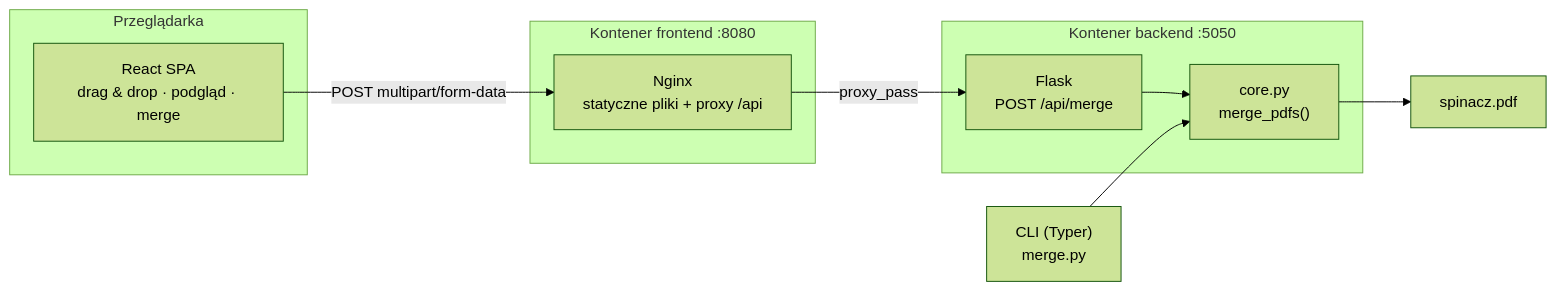
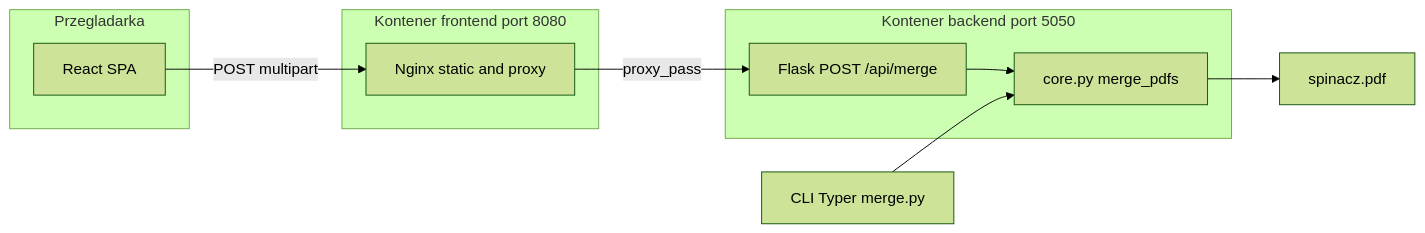
One commit to MikolajTanski/Clipper changed the first of 2 diagrams in docs/architecture.md. Above: the diagram before and after it, drawn with Mermaid (forest theme). The commit also changed other lines of this file and 1 other file, not shown here.

Commit message:
Fix GitHub rendering for diagrams and Mermaid blocks.
Use ASCII-only Mermaid labels and simplify sequence diagram syntax so GitHub no longer shows embedded code errors.

````diff
--- a/docs/architecture.md
+++ b/docs/architecture.md
@@ -11,23 +11,23 @@
 ```mermaid
 flowchart LR
-    subgraph Browser["Przeglądarka"]
-        UI["React SPA<br/>drag & drop · podgląd · merge"]
+    subgraph browser [Przegladarka]
+        UI[React SPA]
     end
 
-    subgraph Frontend["Kontener frontend :8080"]
-        NGINX["Nginx<br/>statyczne pliki + proxy /api"]
+    subgraph frontend [Kontener frontend port 8080]
+        NGINX[Nginx static and proxy]
     end
 
-    subgraph Backend["Kontener backend :5050"]
-        API["Flask<br/>POST /api/merge"]
-        CORE["core.py<br/>merge_pdfs()"]
+    subgraph backend [Kontener backend port 5050]
+        API[Flask POST /api/merge]
+        CORE[core.py merge_pdfs]
     end
 
-    CLI["CLI (Typer)<br/>merge.py"]
+    CLI[CLI Typer merge.py]
 
-    UI -->|"POST multipart/form-data"| NGINX
-    NGINX -->|"proxy_pass"| API
+    UI -->|POST multipart| NGINX
+    NGINX -->|proxy_pass| API
     API --> CORE
     CLI --> CORE
-    CORE --> OUT["spinacz.pdf"]
+    CORE --> OUT[spinacz.pdf]
 ```
````
